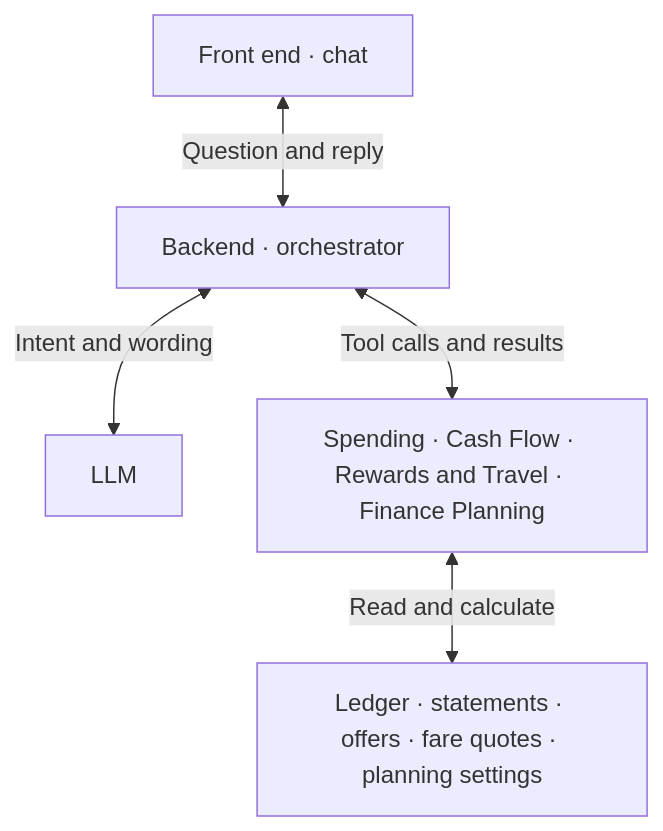
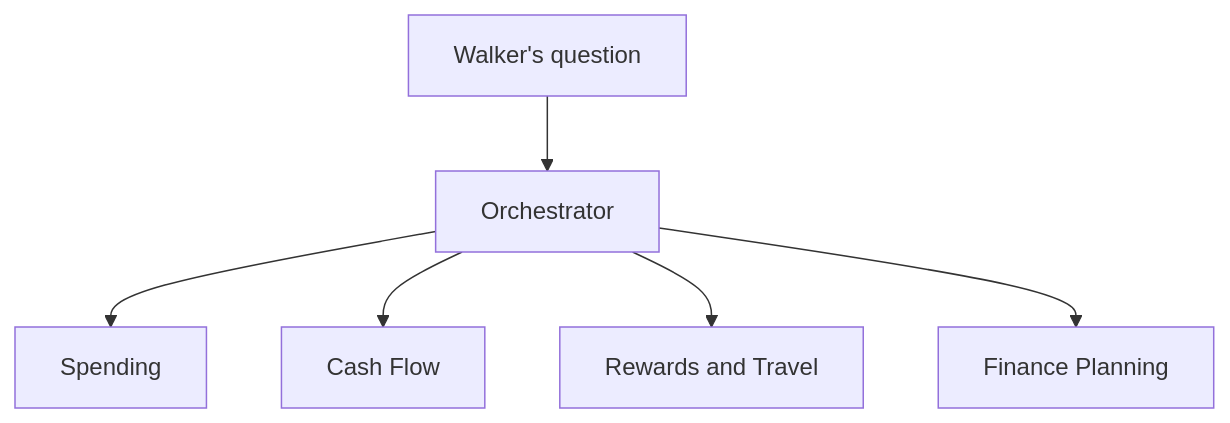
One commit to zerowing113/walker-personal-agent changed the diagram in README.md. Above: the diagram before and after it, drawn with Mermaid. The commit also changed other lines of this file and 1 other file, not shown here.

Commit message:
Restore the architecture diagram and lead with backend traces in the demo

```diff
--- a/README.md
+++ b/README.md
@@ -13,7 +13,8 @@
 ~~~mermaid
 flowchart TD
-    F["Front end · chat"] <-->|Question and reply| O["Backend · orchestrator"]
-    O <-->|Intent and wording| L["LLM"]
-    O <-->|Tool calls and results| T["Spending · Cash Flow · Rewards and Travel · Finance Planning"]
-    T <-->|Read and calculate| D["Ledger · statements · offers · fare quotes · planning settings"]
+    W["Walker's question"] --> O["Orchestrator"]
+    O --> S["Spending"]
+    O --> C["Cash Flow"]
+    O --> R["Rewards and Travel"]
+    O --> P["Finance Planning"]
 ~~~
```
